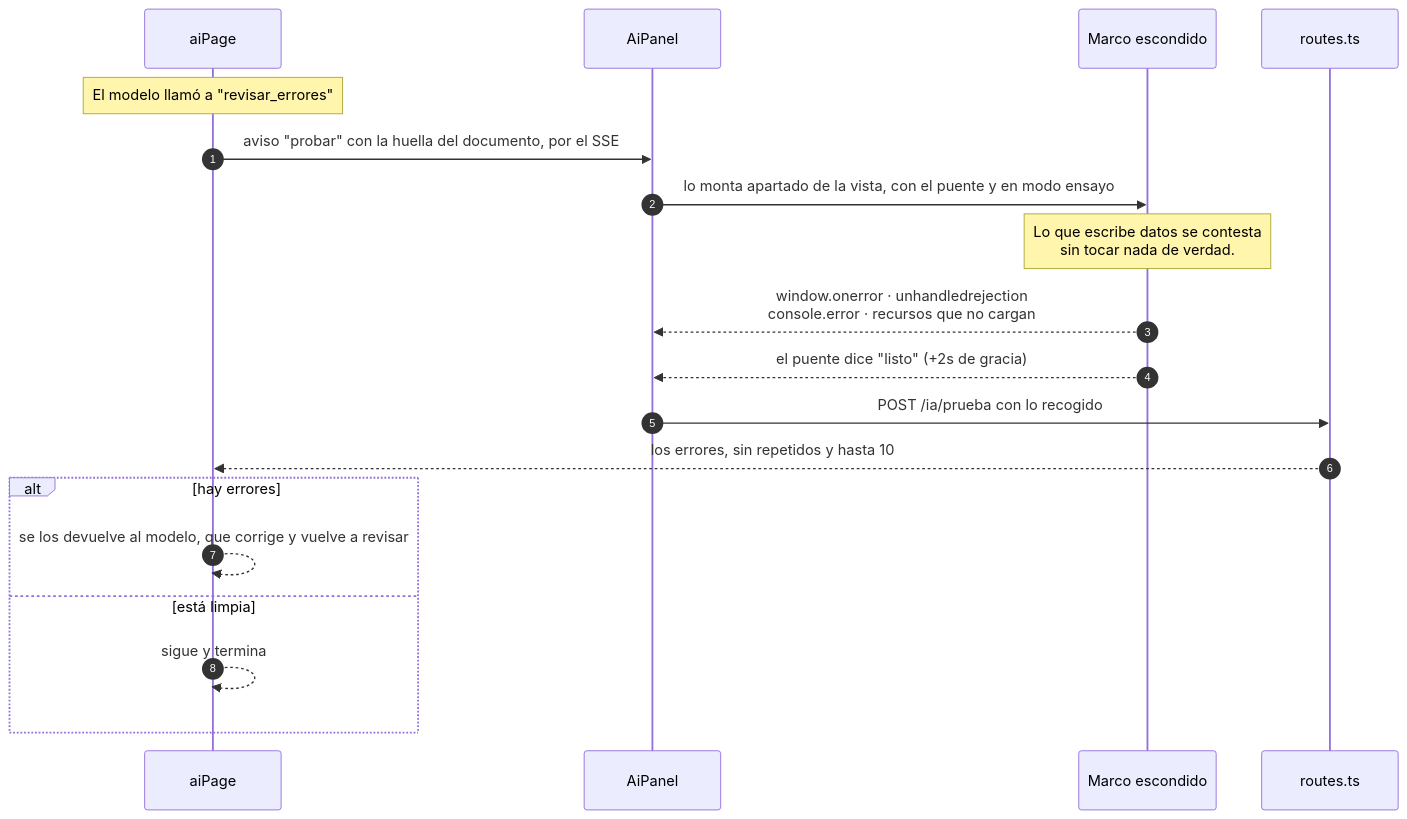
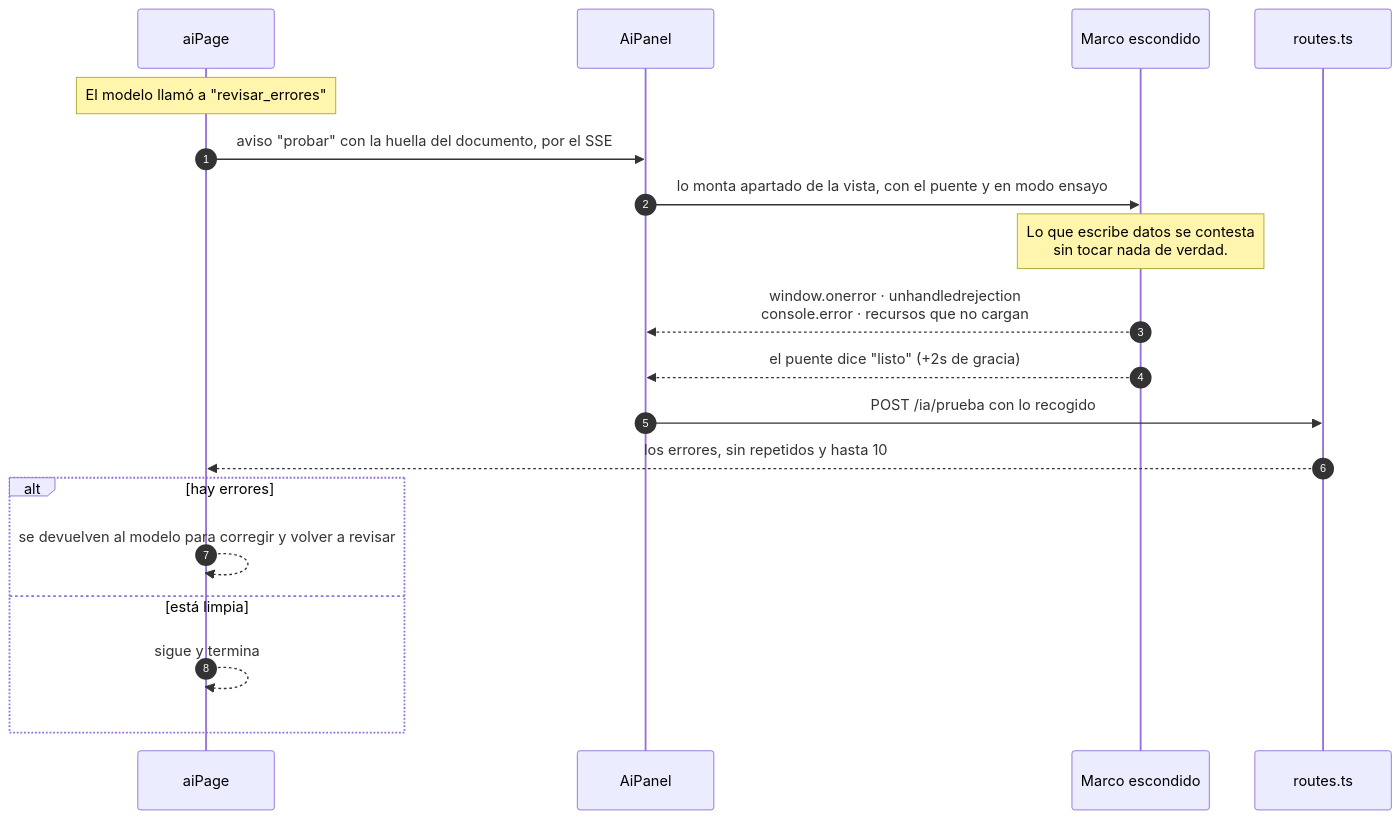
Before and after one commit to wfpaisa/planer: the fourth of 4 diagrams in docs/CHAT.md, drawn with Mermaid. The commit also changed other lines of this file and 22 other files, not shown here.

````diff
--- a/docs/CHAT.md
+++ b/docs/CHAT.md
@@ -126,24 +126,24 @@
 ```mermaid
 sequenceDiagram
   autonumber
   participant M as aiPage
   participant P as AiPanel
   participant F as Marco escondido
   participant R as routes.ts
 
   Note over M: El modelo llamó a "revisar_errores"
   M->>P: aviso "probar" con la huella del documento, por el SSE
   P->>F: lo monta apartado de la vista, con el puente y en modo ensayo
   Note over F: Lo que escribe datos se contesta<br/>sin tocar nada de verdad.
 
   F-->>P: window.onerror · unhandledrejection<br/>console.error · recursos que no cargan
   F-->>P: el puente dice "listo" (+2s de gracia)
   P->>R: POST /ia/prueba con lo recogido
   R-->>M: los errores, sin repetidos y hasta 10
 
   alt hay errores
-    M-->>M: se los devuelve al modelo, que corrige y vuelve a revisar
+    M-->>M: se devuelven al modelo para corregir y volver a revisar
   else está limpia
     M-->>M: sigue y termina
   end
 ```
````
